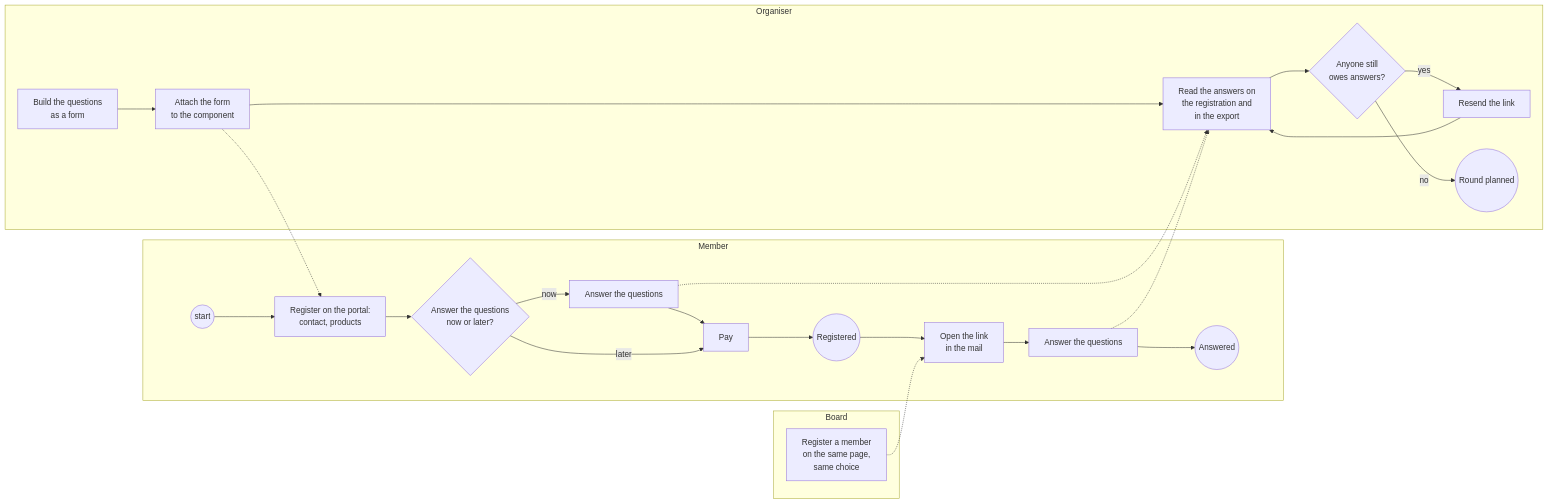
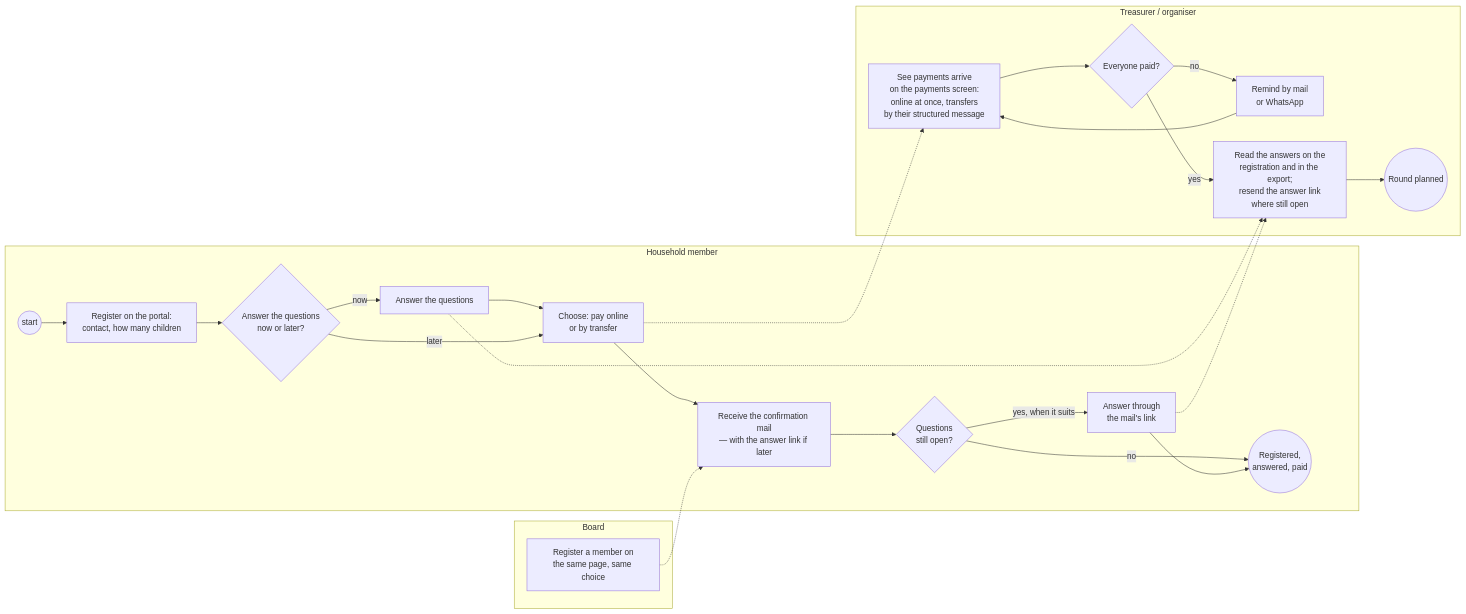
One commit to KoenRenders/KoenTest changed the second of 5 diagrams in docs/change_request_14_registration_questions.md. Above: the diagram before and after it, drawn with Mermaid. The commit also changed other lines of this file, not shown here.

First line of the commit message:
docs(cr-14): A2 is the Google-Form process the platform has to equal, A3 the same on the platform with the treasurer lane (Koen's description, 29 September 2026)

````diff
--- a/docs/change_request_14_registration_questions.md
+++ b/docs/change_request_14_registration_questions.md
@@ -70,29 +77,29 @@
 ```mermaid
 flowchart LR
-  subgraph member["Member"]
-    m0((start)) --> m1[Register on the portal:<br/>contact, products]
+  subgraph member["Household member"]
+    m0((start)) --> m1[Register on the portal:<br/>contact, how many children]
     m1 --> m2{Answer the questions<br/>now or later?}
     m2 -- now --> m3[Answer the questions]
-    m3 --> m4[Pay]
+    m3 --> m4[Choose: pay online<br/>or by transfer]
     m2 -- later --> m4
-    m4 --> m5((Registered))
-    m5 --> m6[Open the link<br/>in the mail]
-    m6 --> m7[Answer the questions]
-    m7 --> m8((Answered))
+    m4 --> m5[Receive the confirmation mail<br/>— with the answer link if later]
+    m5 --> m6{Questions<br/>still open?}
+    m6 -- yes, when it suits --> m7[Answer through<br/>the mail's link]
+    m6 -- no --> m8
+    m7 --> m8((Registered,<br/>answered, paid))
   end
   subgraph board["Board"]
-    b1[Register a member<br/>on the same page,<br/>same choice]
+    b1[Register a member on<br/>the same page, same choice]
   end
-  subgraph organiser["Organiser"]
-    o1[Build the questions<br/>as a form] --> o2[Attach the form<br/>to the component]
-    o2 --> o3[Read the answers on<br/>the registration and<br/>in the export]
-    o3 --> o4{Anyone still<br/>owes answers?}
-    o4 -- yes --> o5[Resend the link]
-    o5 --> o3
-    o4 -- no --> o6((Round planned))
+  subgraph treasurer["Treasurer / organiser"]
+    t1[See payments arrive<br/>on the payments screen:<br/>online at once, transfers<br/>by their structured message] --> t2{Everyone paid?}
+    t2 -- no --> t3[Remind by mail<br/>or WhatsApp]
+    t3 --> t1
+    t2 -- yes --> t4[Read the answers on the<br/>registration and in the export;<br/>resend the answer link<br/>where still open]
+    t4 --> t5((Round planned))
   end
-  o2 -.-> m1
-  b1 -.-> m6
-  m3 -.-> o3
-  m7 -.-> o3
+  m4 -.-> t1
+  b1 -.-> m5
+  m3 -.-> t4
+  m7 -.-> t4
 ```
````
